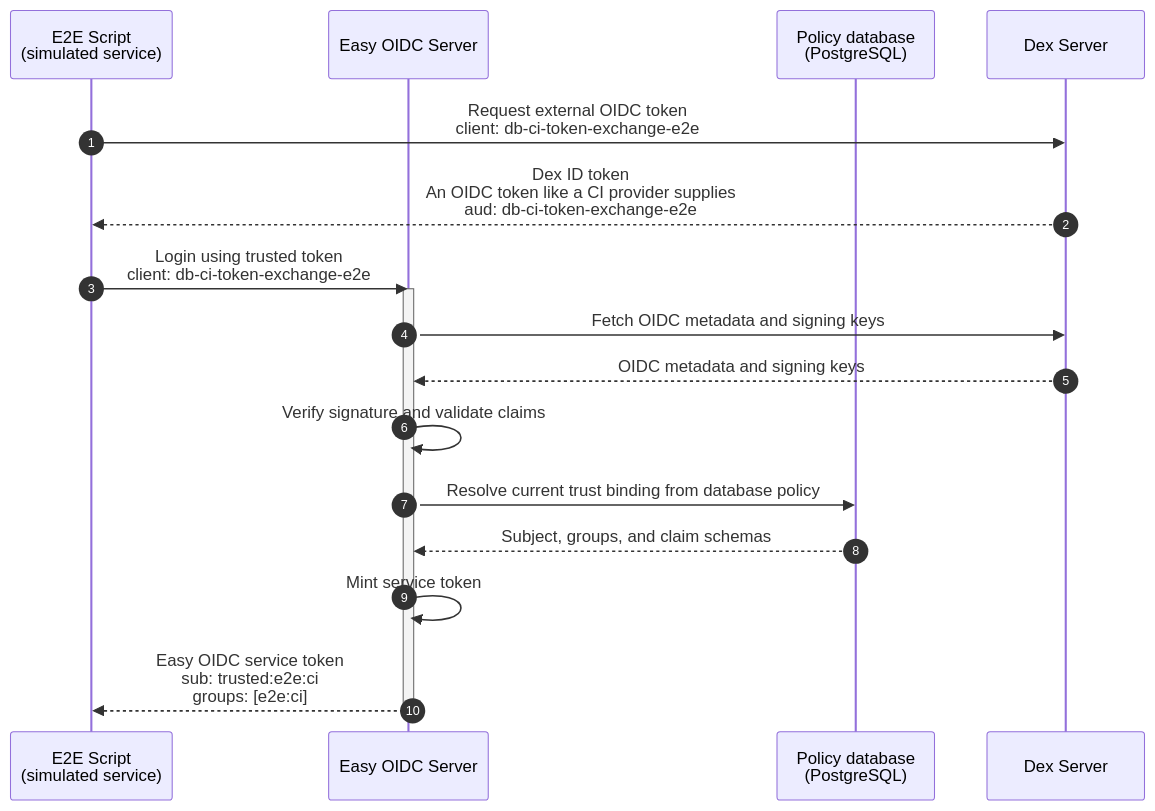
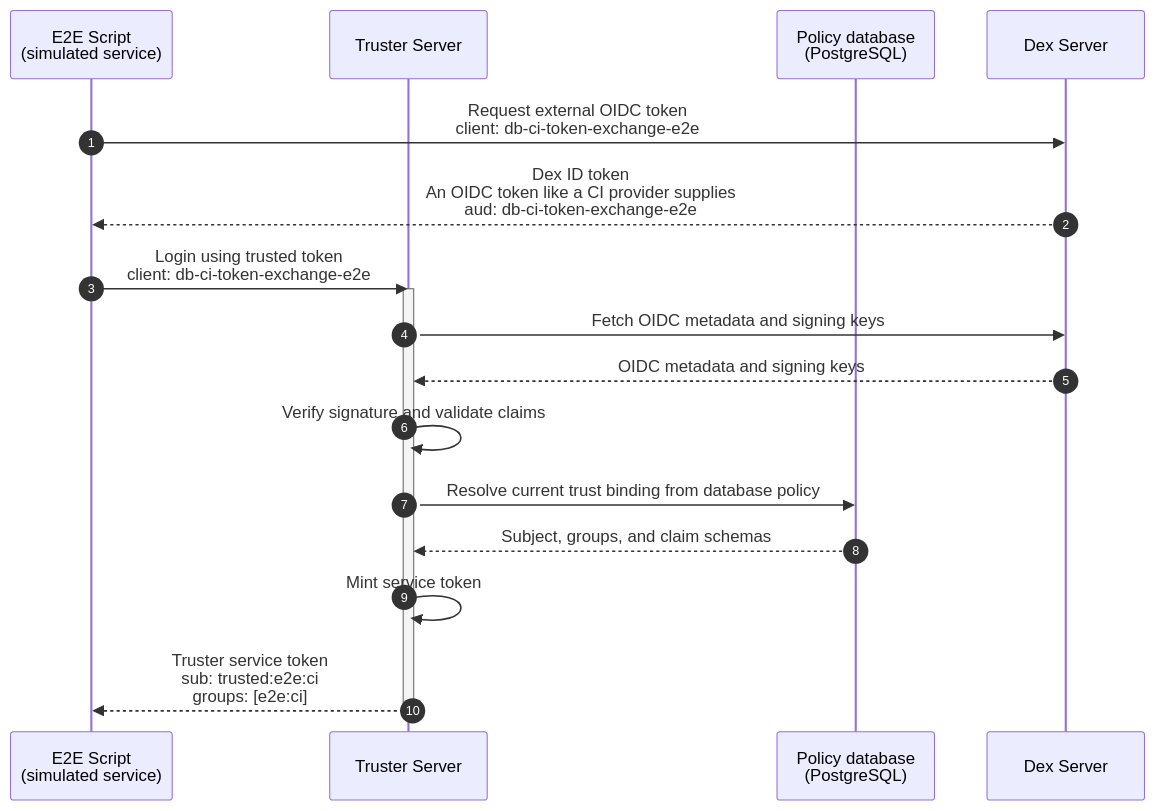
The third of 4 diagrams in scripts/e2e/README.md (easy-oidc/easy-oidc), drawn with Mermaid before and after one commit. The commit also changed other lines of this file and 276 other files, not shown here.

Commit message:
Rename Easy OIDC to Truster

````diff
--- a/scripts/e2e/README.md
+++ b/scripts/e2e/README.md
@@ -89,21 +89,21 @@
 ```mermaid
 sequenceDiagram
     autonumber
     participant Script as E2E Script<br/>(simulated service)
-    participant Easy as Easy OIDC Server
+    participant Truster as Truster Server
     participant PG as Policy database<br/>(PostgreSQL)
     participant Dex as Dex Server
 
     Script->>Dex: Request external OIDC token<br/>client: db-ci-token-exchange-e2e
     Dex-->>Script: Dex ID token<br/>An OIDC token like a CI provider supplies<br/>aud: db-ci-token-exchange-e2e
-    Script->>Easy: Login using trusted token<br/>client: db-ci-token-exchange-e2e
-    activate Easy
-    Easy->>Dex: Fetch OIDC metadata and signing keys
-    Dex-->>Easy: OIDC metadata and signing keys
-    Easy->>Easy: Verify signature and validate claims
-    Easy->>PG: Resolve current trust binding from database policy
-    PG-->>Easy: Subject, groups, and claim schemas
-    Easy->>Easy: Mint service token
-    Easy-->>Script: Easy OIDC service token<br/>sub: trusted:e2e:ci<br/>groups: [e2e:ci]
-    deactivate Easy
+    Script->>Truster: Login using trusted token<br/>client: db-ci-token-exchange-e2e
+    activate Truster
+    Truster->>Dex: Fetch OIDC metadata and signing keys
+    Dex-->>Truster: OIDC metadata and signing keys
+    Truster->>Truster: Verify signature and validate claims
+    Truster->>PG: Resolve current trust binding from database policy
+    PG-->>Truster: Subject, groups, and claim schemas
+    Truster->>Truster: Mint service token
+    Truster-->>Script: Truster service token<br/>sub: trusted:e2e:ci<br/>groups: [e2e:ci]
+    deactivate Truster
 ```
````
